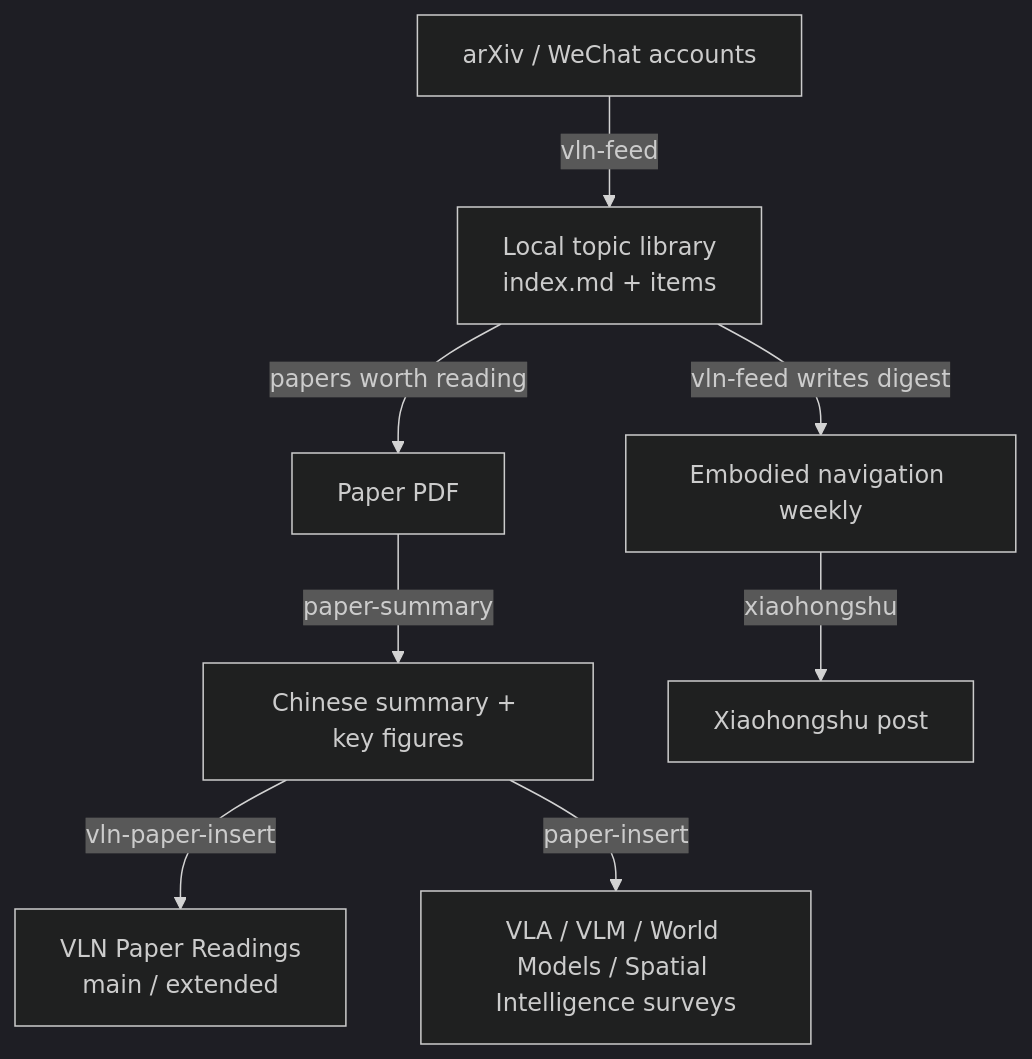
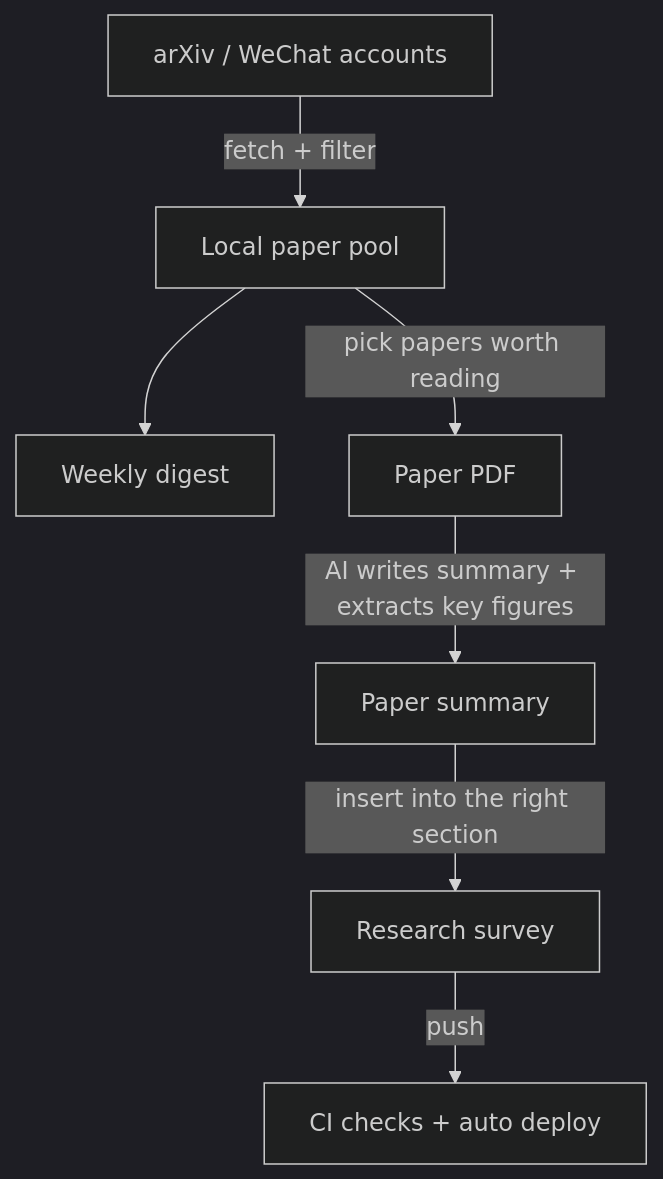
The diagram in _translations/en/blog/building-blog-with-skills.md (TingdeLiu/tingdeliu.github.io), drawn with Mermaid (dark theme) before and after one commit. The commit also changed other lines of this file and 2 other files, not shown here.

First line of the commit message:
Rewrite the blog-maintenance post as a short self-research workflow guide

````diff
--- a/_translations/en/blog/building-blog-with-skills.md
+++ b/_translations/en/blog/building-blog-with-skills.md
@@ -136,10 +28,9 @@
 ```mermaid
 flowchart TD
-    A[arXiv / WeChat accounts] -->|vln-feed| B[Local topic library<br/>index.md + items]
-    B -->|vln-feed writes digest| C[Embodied navigation weekly]
-    B -->|papers worth reading| D[Paper PDF]
-    D -->|paper-summary| E[Chinese summary + key figures]
-    E -->|vln-paper-insert| F[VLN Paper Readings<br/>main / extended]
-    E -->|paper-insert| G[VLA / VLM / World Models / Spatial Intelligence surveys]
-    C -->|xiaohongshu| H[Xiaohongshu post]
+    A[arXiv / WeChat accounts] -->|fetch + filter| B[Local paper pool]
+    B --> C[Weekly digest]
+    B -->|pick papers worth reading| D[Paper PDF]
+    D -->|AI writes summary + extracts key figures| E[Paper summary]
+    E -->|insert into the right section| F[Research survey]
+    F -->|push| G[CI checks + auto deploy]
 ```
````
